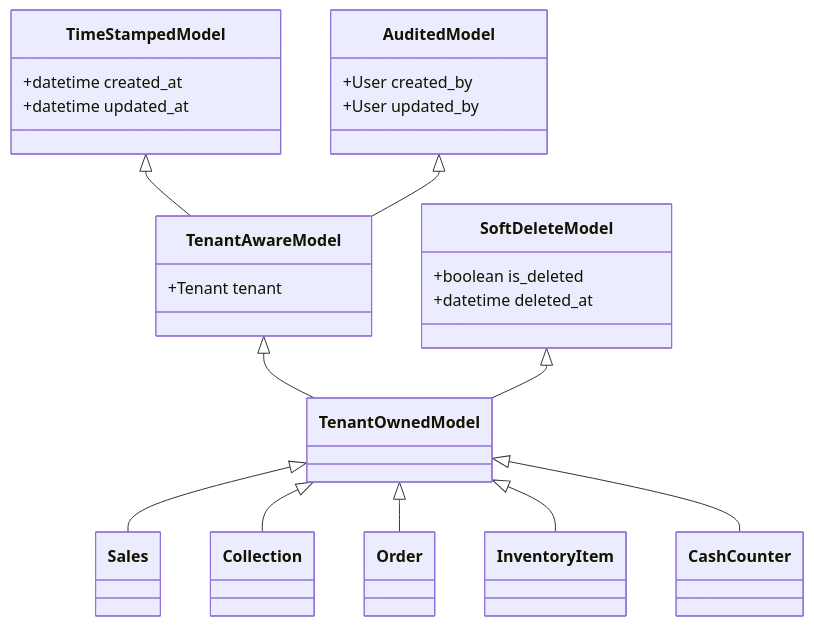
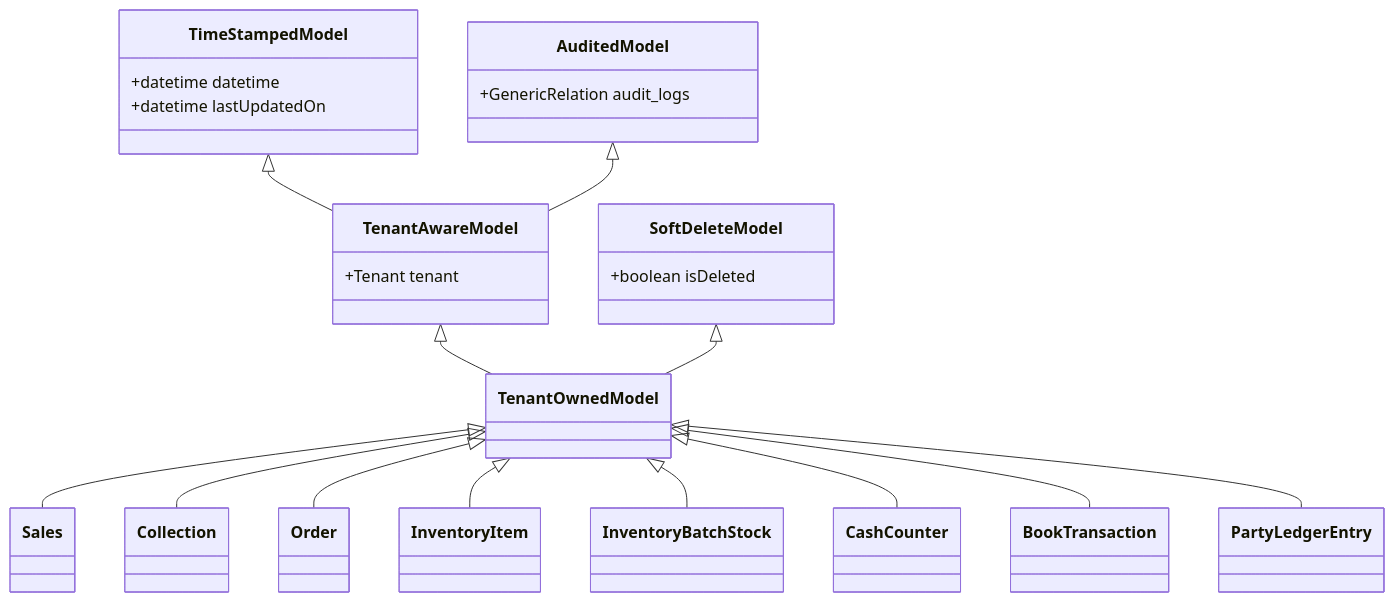
Before and after one commit to anishkumarsahu555/zivaBooks: the second of 6 diagrams in ARCHITECTURE.md, drawn with Mermaid. The commit also changed other lines of this file and 49 other files, not shown here.

````diff
--- a/ARCHITECTURE.md
+++ b/ARCHITECTURE.md
@@ -67,31 +70,32 @@
 ```mermaid
 classDiagram
     class TimeStampedModel {
-        +datetime created_at
-        +datetime updated_at
+        +datetime datetime
+        +datetime lastUpdatedOn
     }
     class AuditedModel {
-        +User created_by
-        +User updated_by
+        +GenericRelation audit_logs
     }
     class TenantAwareModel {
         +Tenant tenant
     }
     class SoftDeleteModel {
-        +boolean is_deleted
-        +datetime deleted_at
+        +boolean isDeleted
     }
     class TenantOwnedModel {
     }
 
     TimeStampedModel <|-- TenantAwareModel
     AuditedModel <|-- TenantAwareModel
     TenantAwareModel <|-- TenantOwnedModel
     SoftDeleteModel <|-- TenantOwnedModel
     
     TenantOwnedModel <|-- Sales
     TenantOwnedModel <|-- Collection
     TenantOwnedModel <|-- Order
     TenantOwnedModel <|-- InventoryItem
+    TenantOwnedModel <|-- InventoryBatchStock
     TenantOwnedModel <|-- CashCounter
+    TenantOwnedModel <|-- BookTransaction
+    TenantOwnedModel <|-- PartyLedgerEntry
 ```
````
